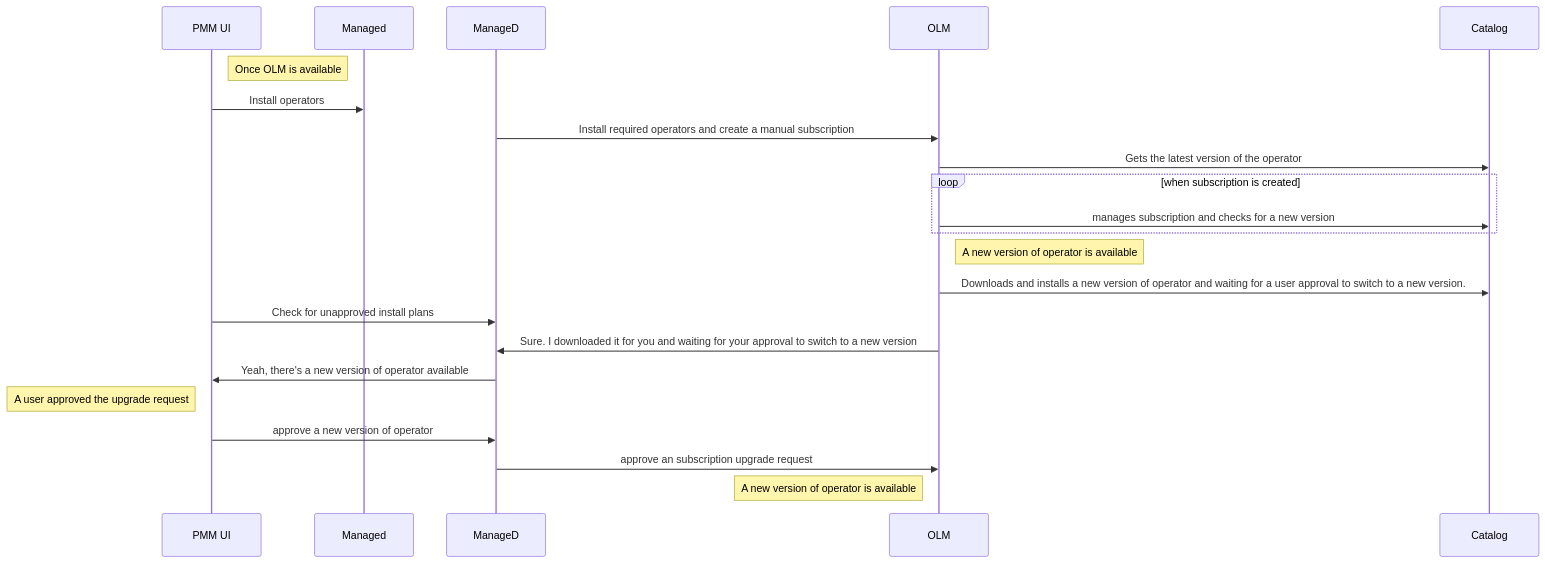
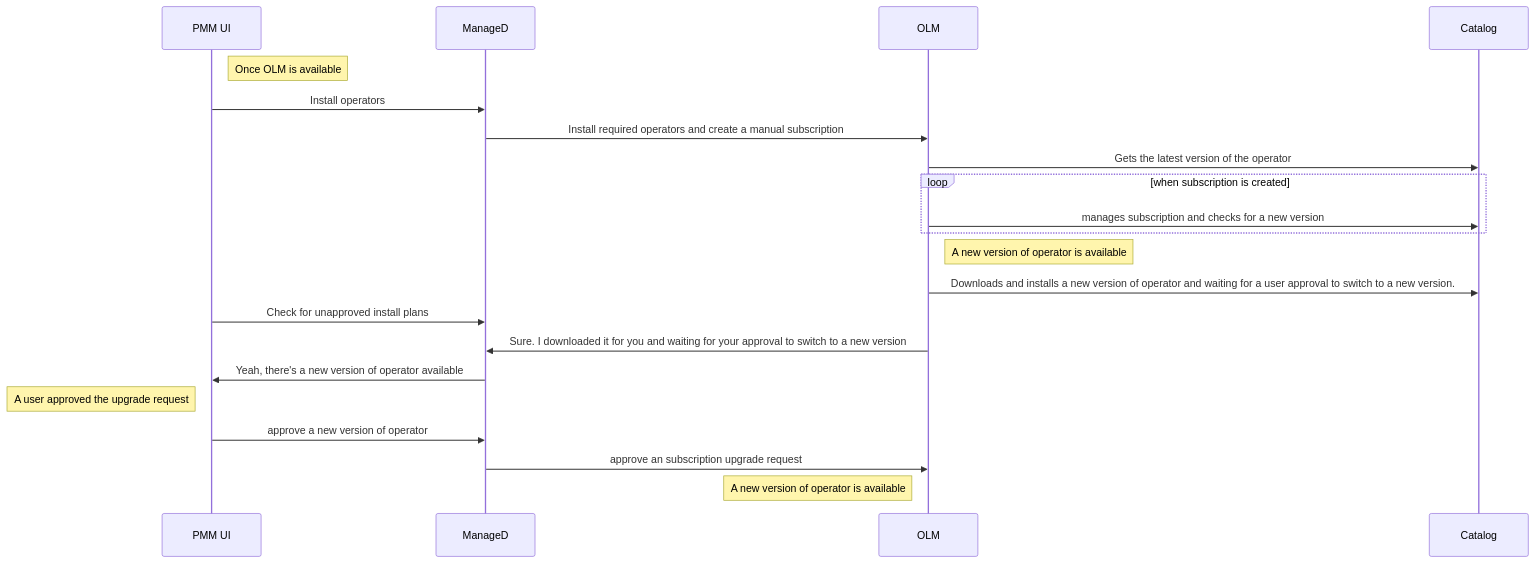
Before and after one commit to percona/pmm: the second of 4 diagrams in docs/proposals/dbaas/01-architecture/proposal.md, drawn with Mermaid. The commit also changed other lines of this file, not shown here.

Commit message:
Fixed chart

````diff
--- a/docs/proposals/dbaas/01-architecture/proposal.md
+++ b/docs/proposals/dbaas/01-architecture/proposal.md
@@ -90,19 +90,19 @@
 ```mermaid
 sequenceDiagram
-    Note right of PMM UI: Once OLM is available 
-    PMM UI->>Managed: Install operators 
-    ManageD->>OLM: Install required operators and create a manual subscription 
-    OLM->>Catalog: Gets the latest version of the operator 
-    loop when subscription is created 
+    Note right of PMM UI: Once OLM is available
+    PMM UI->>ManageD: Install operators
+    ManageD->>OLM: Install required operators and create a manual subscription
+    OLM->>Catalog: Gets the latest version of the operator
+    loop when subscription is created
         OLM->>Catalog: manages subscription and checks for a new version
     end
     Note right of OLM: A new version of operator is available
     OLM->>Catalog: Downloads and installs a new version of operator and waiting for a user approval to switch to a new version.
     PMM UI->>ManageD: Check for unapproved install plans
     OLM->>ManageD: Sure. I downloaded it for you and waiting for your approval to switch to a new version
     ManageD->>PMM UI: Yeah, there's a new version of operator available
     Note left of PMM UI: A user approved the upgrade request
     PMM UI->> ManageD: approve a new version of operator
     ManageD->>OLM: approve an subscription upgrade request
-    Note left of OLM: A new version of operator is available 
-```    
+    Note left of OLM: A new version of operator is available
+```
````
